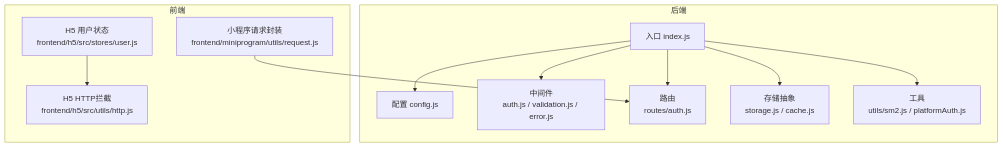
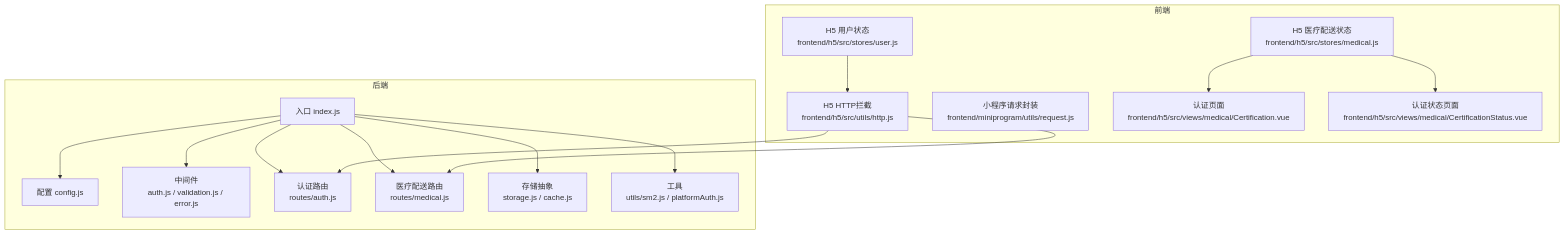
Before and after one commit to Giraffe-Han/microAPP: the first of 9 diagrams in .qoder/repowiki/zh/content/后端服务架构/认证与授权系统/认证与授权系统.md, drawn with Mermaid. The commit also changed other lines of this file and 143 other files, not shown here.

````diff
--- a/.qoder/repowiki/zh/content/后端服务架构/认证与授权系统/认证与授权系统.md
+++ b/.qoder/repowiki/zh/content/后端服务架构/认证与授权系统/认证与授权系统.md
@@ -47,23 +61,31 @@
 ```mermaid
 graph TB
 subgraph "后端"
 A["入口 index.js"]
 B["配置 config.js"]
 C["中间件<br/>auth.js / validation.js / error.js"]
-D["路由<br/>routes/auth.js"]
-E["存储抽象<br/>storage.js / cache.js"]
-F["工具<br/>utils/sm2.js / platformAuth.js"]
+D["认证路由<br/>routes/auth.js"]
+E["医疗配送路由<br/>routes/medical.js"]
+F["存储抽象<br/>storage.js / cache.js"]
+G["工具<br/>utils/sm2.js / platformAuth.js"]
 end
 subgraph "前端"
-G["H5 用户状态<br/>frontend/h5/src/stores/user.js"]
-H["H5 HTTP拦截<br/>frontend/h5/src/utils/http.js"]
-I["小程序请求封装<br/>frontend/miniprogram/utils/request.js"]
+H["H5 用户状态<br/>frontend/h5/src/stores/user.js"]
+I["H5 医疗配送状态<br/>frontend/h5/src/stores/medical.js"]
+J["H5 HTTP拦截<br/>frontend/h5/src/utils/http.js"]
+K["小程序请求封装<br/>frontend/miniprogram/utils/request.js"]
+L["认证页面<br/>frontend/h5/src/views/medical/Certification.vue"]
+M["认证状态页面<br/>frontend/h5/src/views/medical/CertificationStatus.vue"]
 end
 A --> B
 A --> C
 A --> D
 A --> E
 A --> F
-G --> H
-I --> D
+A --> G
+H --> J
+I --> L
+I --> M
+J --> D
+J --> E
 ```
````
